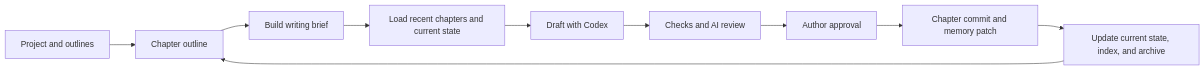
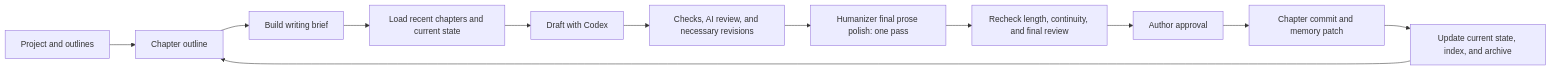
One commit to damingishere-coder/novel-codex-writer changed the diagram in README.en.md. Above: the diagram before and after it, drawn with Mermaid. The commit also changed other lines of this file and 11 other files, not shown here.

Commit message:
feat: add one Humanizer polish pass after AI chapter writing

````diff
--- a/README.en.md
+++ b/README.en.md
@@ -61,12 +61,14 @@
 ```mermaid
 flowchart LR
     A[Project and outlines] --> B[Chapter outline]
     B --> C[Build writing brief]
     C --> D[Load recent chapters and current state]
     D --> E[Draft with Codex]
-    E --> F[Checks and AI review]
+    E --> R[Checks, AI review, and necessary revisions]
+    R --> P[Humanizer final prose polish: one pass]
+    P --> F[Recheck length, continuity, and final review]
     F --> G[Author approval]
     G --> H[Chapter commit and memory patch]
     H --> I[Update current state, index, and archive]
     I --> B
 ```
````
